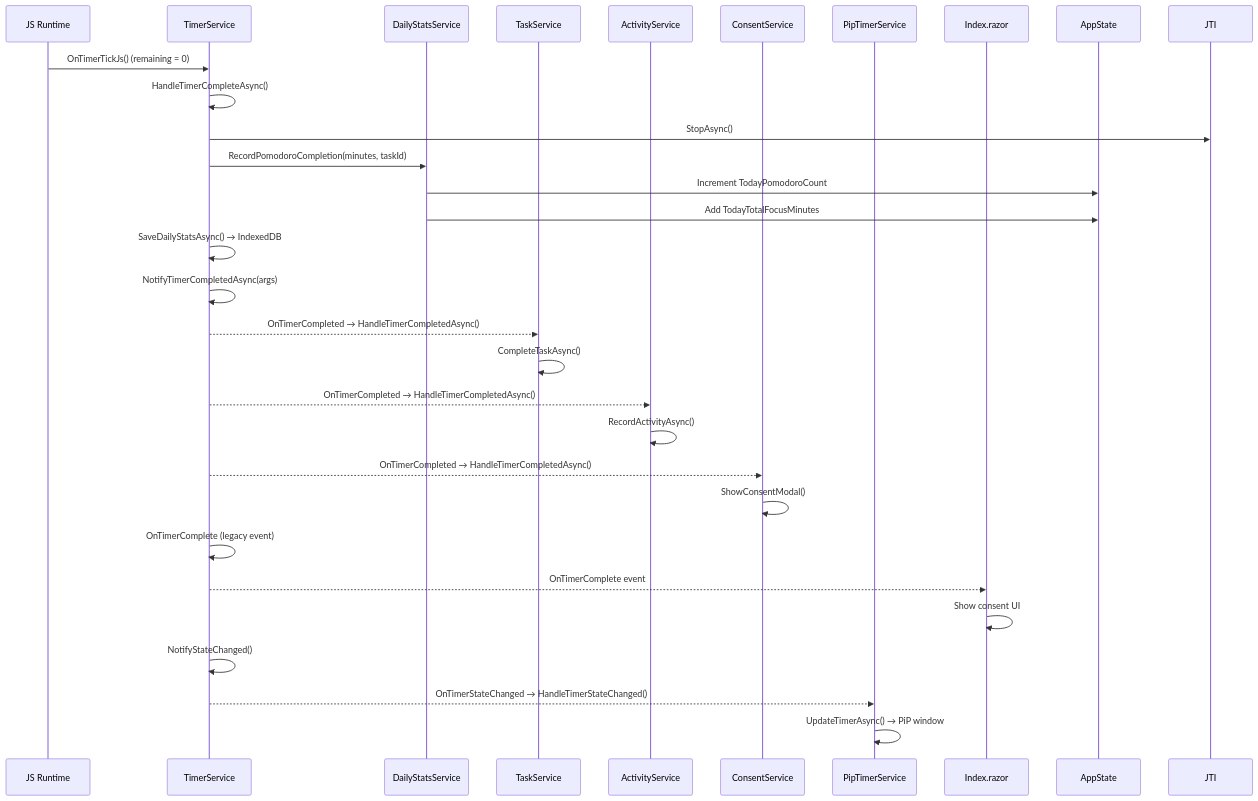
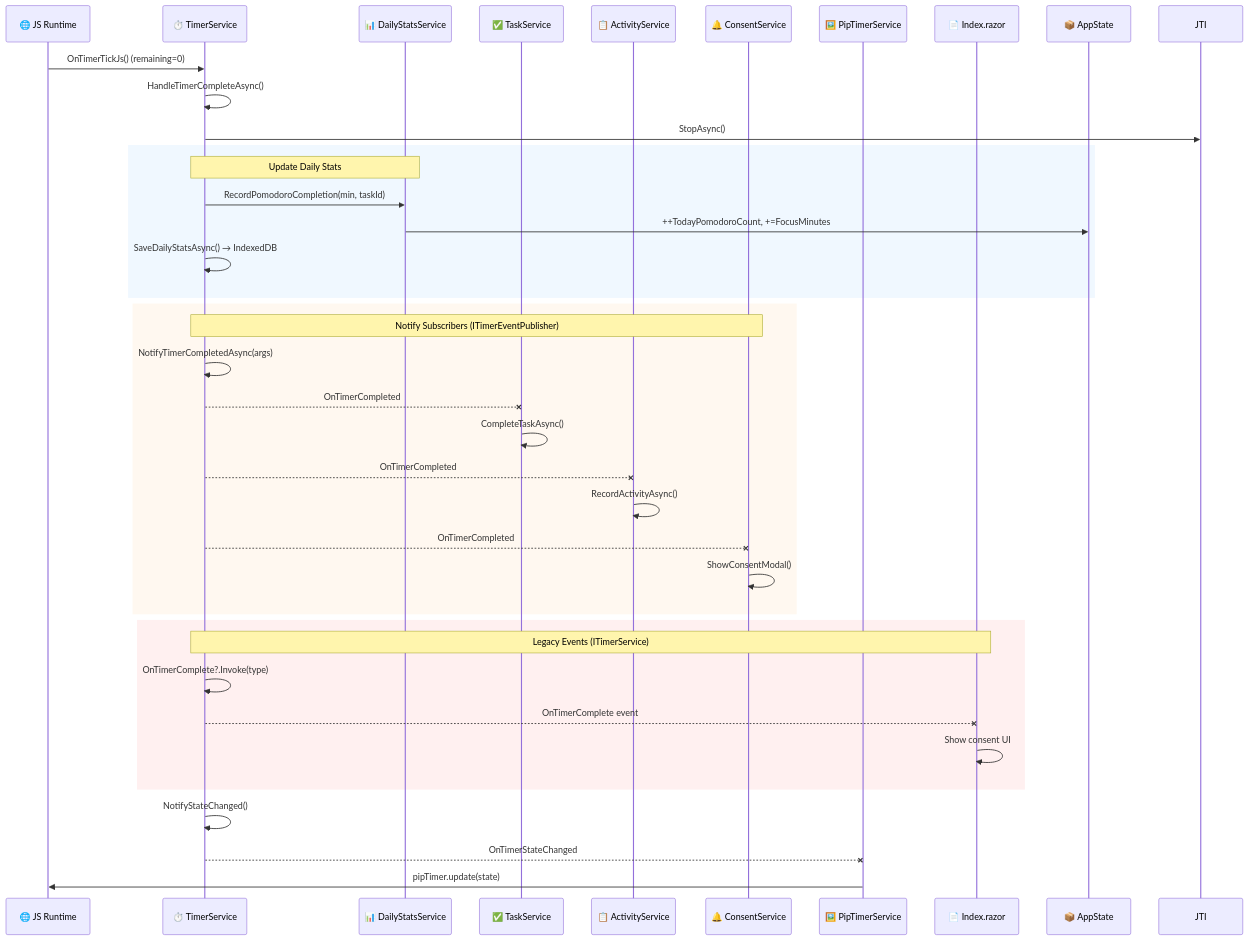
The fifth of 9 diagrams in CODEMAP.md (Nayeem170/Pomodoro), drawn with Mermaid before and after one commit. The commit also changed other lines of this file, not shown here.

Commit message:
docs: polish CODEMAP.md with Mermaid architecture, visual styling, and verified accuracy

````diff
--- a/CODEMAP.md
+++ b/CODEMAP.md
@@ -232,33 +262,45 @@
 ```mermaid
 sequenceDiagram
-    participant JS as JS Runtime
-    participant TS as TimerService
-    participant DSS as DailyStatsService
-    participant TaskSvc as TaskService
-    participant ActSvc as ActivityService
-    participant Consent as ConsentService
-    participant Pip as PipTimerService
-    participant Index as Index.razor
-    participant AS as AppState
+    participant JS as 🌐 JS Runtime
+    participant TS as ⏱️ TimerService
+    participant DSS as 📊 DailyStatsService
+    participant TaskSvc as ✅ TaskService
+    participant ActSvc as 📋 ActivityService
+    participant Consent as 🔔 ConsentService
+    participant Pip as 🖼️ PipTimerService
+    participant I as 📄 Index.razor
+    participant AS as 📦 AppState
 
-    JS->>TS: OnTimerTickJs() (remaining = 0)
+    JS->>TS: OnTimerTickJs() (remaining=0)
     TS->>TS: HandleTimerCompleteAsync()
     TS->>JTI: StopAsync()
-    TS->>DSS: RecordPomodoroCompletion(minutes, taskId)
-    DSS->>AS: Increment TodayPomodoroCount
-    DSS->>AS: Add TodayTotalFocusMinutes
-    TS->>TS: SaveDailyStatsAsync() → IndexedDB
-    TS->>TS: NotifyTimerCompletedAsync(args)
-    TS-->>TaskSvc: OnTimerCompleted → HandleTimerCompletedAsync()
-    TaskSvc->>TaskSvc: CompleteTaskAsync()
-    TS-->>ActSvc: OnTimerCompleted → HandleTimerCompletedAsync()
-    ActSvc->>ActSvc: RecordActivityAsync()
-    TS-->>Consent: OnTimerCompleted → HandleTimerCompletedAsync()
-    Consent->>Consent: ShowConsentModal()
-    TS->>TS: OnTimerComplete (legacy event)
-    TS-->>Index: OnTimerComplete event
-    Index->>Index: Show consent UI
+
+    rect rgb(240, 248, 255)
+        Note over TS,DSS: Update Daily Stats
+        TS->>DSS: RecordPomodoroCompletion(min, taskId)
+        DSS->>AS: ++TodayPomodoroCount, +=FocusMinutes
+        TS->>TS: SaveDailyStatsAsync() → IndexedDB
+    end
+
+    rect rgb(255, 248, 240)
+        Note over TS,Consent: Notify Subscribers (ITimerEventPublisher)
+        TS->>TS: NotifyTimerCompletedAsync(args)
+        TS--xTaskSvc: OnTimerCompleted
+        TaskSvc->>TaskSvc: CompleteTaskAsync()
+        TS--xActSvc: OnTimerCompleted
+        ActSvc->>ActSvc: RecordActivityAsync()
+        TS--xConsent: OnTimerCompleted
+        Consent->>Consent: ShowConsentModal()
+    end
+
+    rect rgb(255, 240, 240)
+        Note over TS,I: Legacy Events (ITimerService)
+        TS->>TS: OnTimerComplete?.Invoke(type)
+        TS--xI: OnTimerComplete event
+        I->>I: Show consent UI
+    end
+
     TS->>TS: NotifyStateChanged()
-    TS-->>Pip: OnTimerStateChanged → HandleTimerStateChanged()
-    Pip->>Pip: UpdateTimerAsync() → PiP window
+    TS--xPip: OnTimerStateChanged
+    Pip->>JS: pipTimer.update(state)
 ```
````
